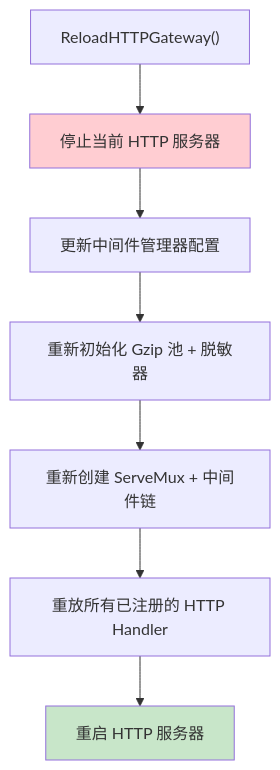
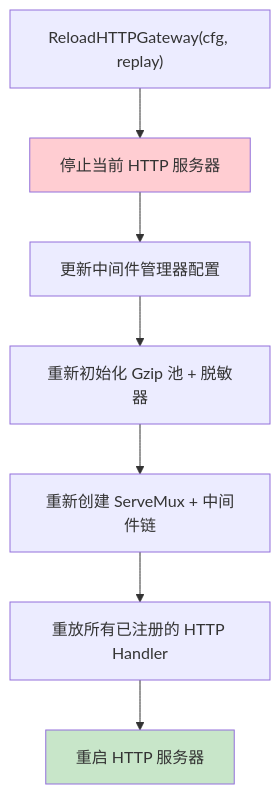
Before and after one commit to kamalyes/go-rpc-gateway: the third of 4 diagrams in docs/SERVER.md, drawn with Mermaid. The commit also changed other lines of this file and 20 other files, not shown here.

````diff
--- a/docs/SERVER.md
+++ b/docs/SERVER.md
@@ -344,12 +448,12 @@
 ```mermaid
 flowchart TD
-    RELOAD["ReloadHTTPGateway()"] --> STOP_HTTP["停止当前 HTTP 服务器"]
+    RELOAD["ReloadHTTPGateway(cfg, replay)"] --> STOP_HTTP["停止当前 HTTP 服务器"]
     STOP_HTTP --> UPDATE_MW["更新中间件管理器配置"]
     UPDATE_MW --> REINIT["重新初始化 Gzip 池 + 脱敏器"]
     REINIT --> REBUILD_MUX["重新创建 ServeMux + 中间件链"]
     REBUILD_MUX --> REPLAY["重放所有已注册的 HTTP Handler"]
     REPLAY --> RESTART["重启 HTTP 服务器"]
 
     style STOP_HTTP fill:#ffcdd2
     style RESTART fill:#c8e6c9
 ```
````
